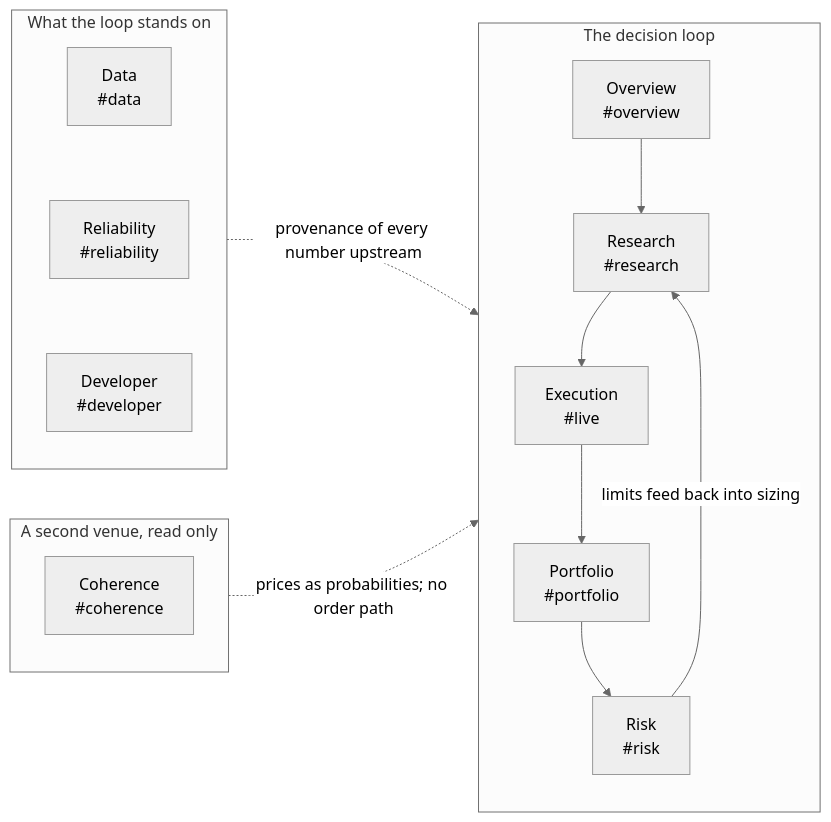
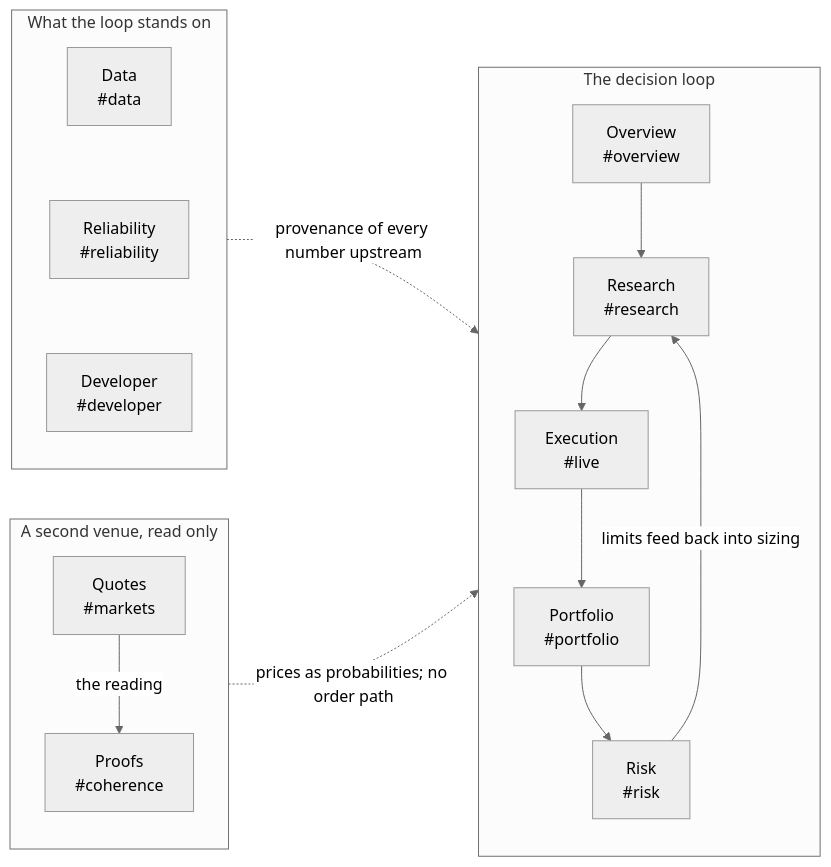
One commit to Manutd1234/AlphaEngine changed the first of 2 diagrams in docs/product/PRODUCT_GUIDE.md. Above: the diagram before and after it, drawn with Mermaid (neutral theme). The commit also changed other lines of this file and 18 other files, not shown here.

````diff
--- a/docs/product/PRODUCT_GUIDE.md
+++ b/docs/product/PRODUCT_GUIDE.md
@@ -46,18 +47,18 @@
 ```mermaid
 flowchart LR
     subgraph loop["The decision loop"]
         O["Overview<br/>#overview"] --> R["Research<br/>#research"]
         R --> E["Execution<br/>#live"]
         E --> P["Portfolio<br/>#portfolio"]
         P --> K["Risk<br/>#risk"]
         K -- "limits feed back into sizing" --> R
     end
     subgraph ground["What the loop stands on"]
         D["Data<br/>#data"] ~~~ Y["Reliability<br/>#reliability"] ~~~ V["Developer<br/>#developer"]
     end
     subgraph venue["A second venue, read only"]
-        C["Coherence<br/>#coherence"]
+        M["Quotes<br/>#markets"] -- "the reading" --> C["Proofs<br/>#coherence"]
     end
     ground -. "provenance of every number upstream" .-> loop
     venue -. "prices as probabilities; no order path" .-> loop
 ```
````
